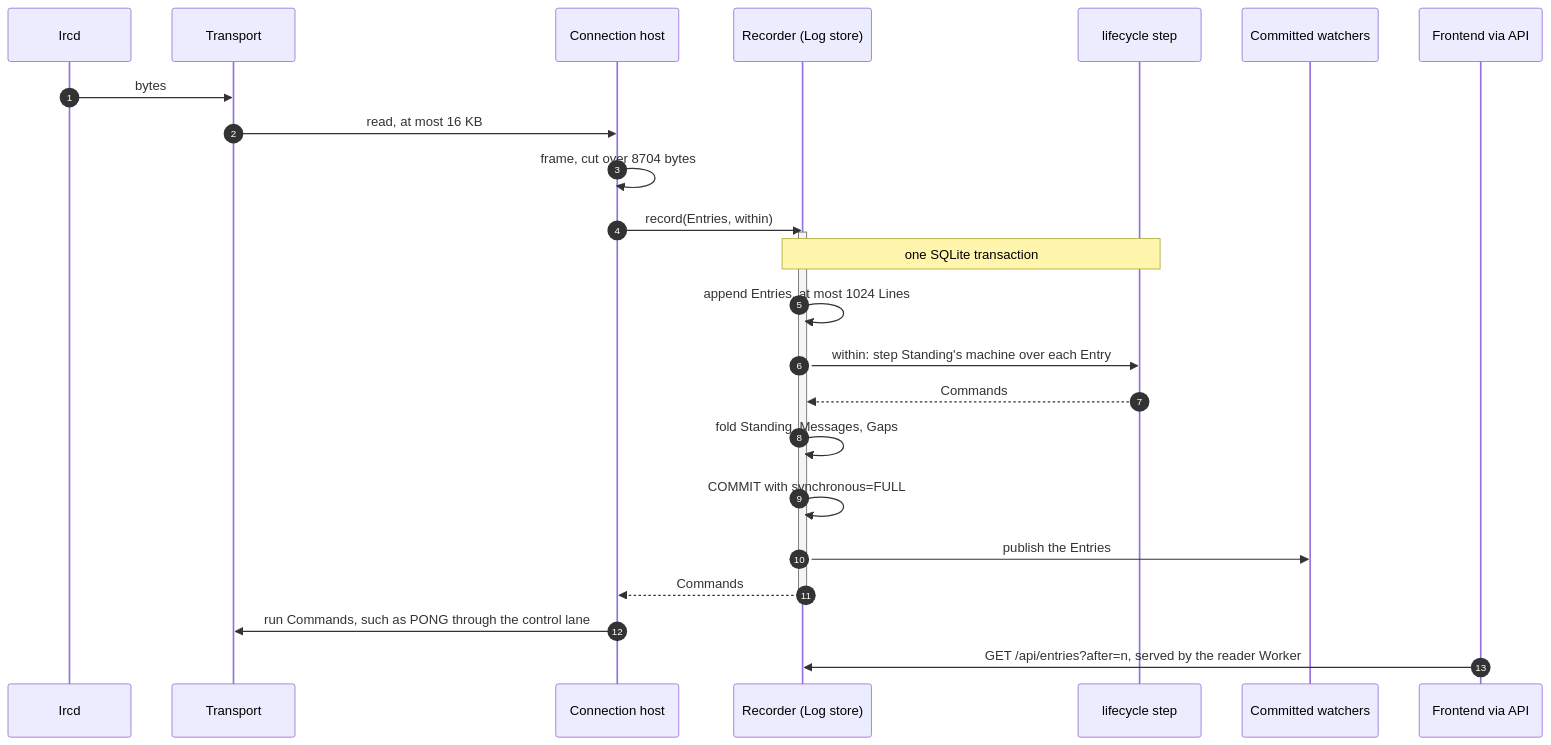
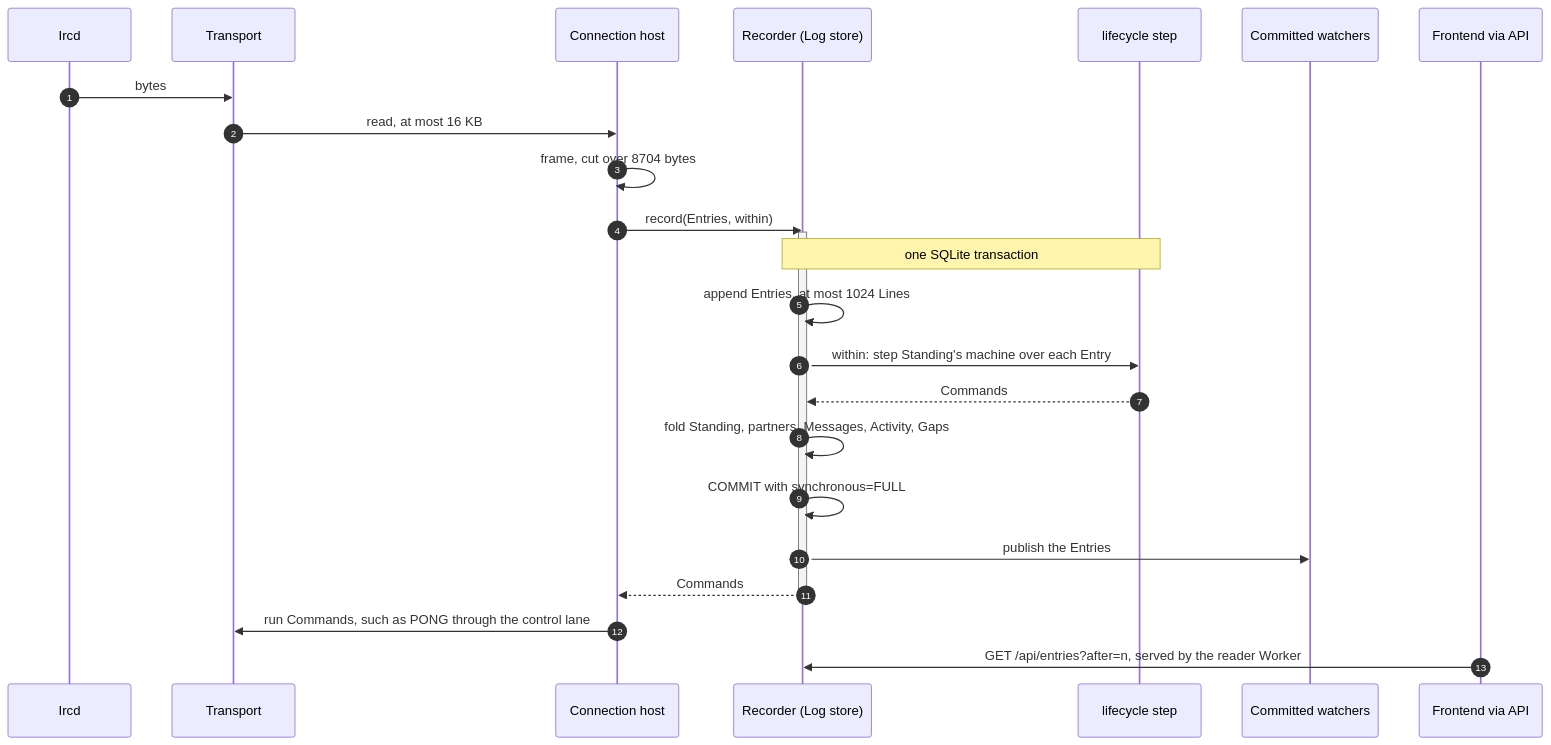
One commit to deankerr/iirc changed the second of 5 diagrams in docs/architecture.md. Above: the diagram before and after it, drawn with Mermaid. The commit also changed other lines of this file and 37 other files, not shown here.

First line of the commit message:
Place every Line, and derive Activity beside Messages

````diff
--- a/docs/architecture.md
+++ b/docs/architecture.md
@@ -80,27 +81,27 @@
 ```mermaid
 sequenceDiagram
   autonumber
   participant Ircd
   participant T as Transport
   participant H as Connection host
   participant R as Recorder (Log store)
   participant M as lifecycle step
   participant W as Committed watchers
   participant F as Frontend via API
   Ircd->>T: bytes
   T->>H: read, at most 16 KB
   H->>H: frame, cut over 8704 bytes
   H->>R: record(Entries, within)
   activate R
   Note over R,M: one SQLite transaction
   R->>R: append Entries, at most 1024 Lines
   R->>M: within: step Standing's machine over each Entry
   M-->>R: Commands
-  R->>R: fold Standing, Messages, Gaps
+  R->>R: fold Standing, partners, Messages, Activity, Gaps
   R->>R: COMMIT with synchronous=FULL
   R->>W: publish the Entries
   R-->>H: Commands
   deactivate R
   H->>T: run Commands, such as PONG through the control lane
   F->>R: GET /api/entries?after=n, served by the reader Worker
 ```
````
